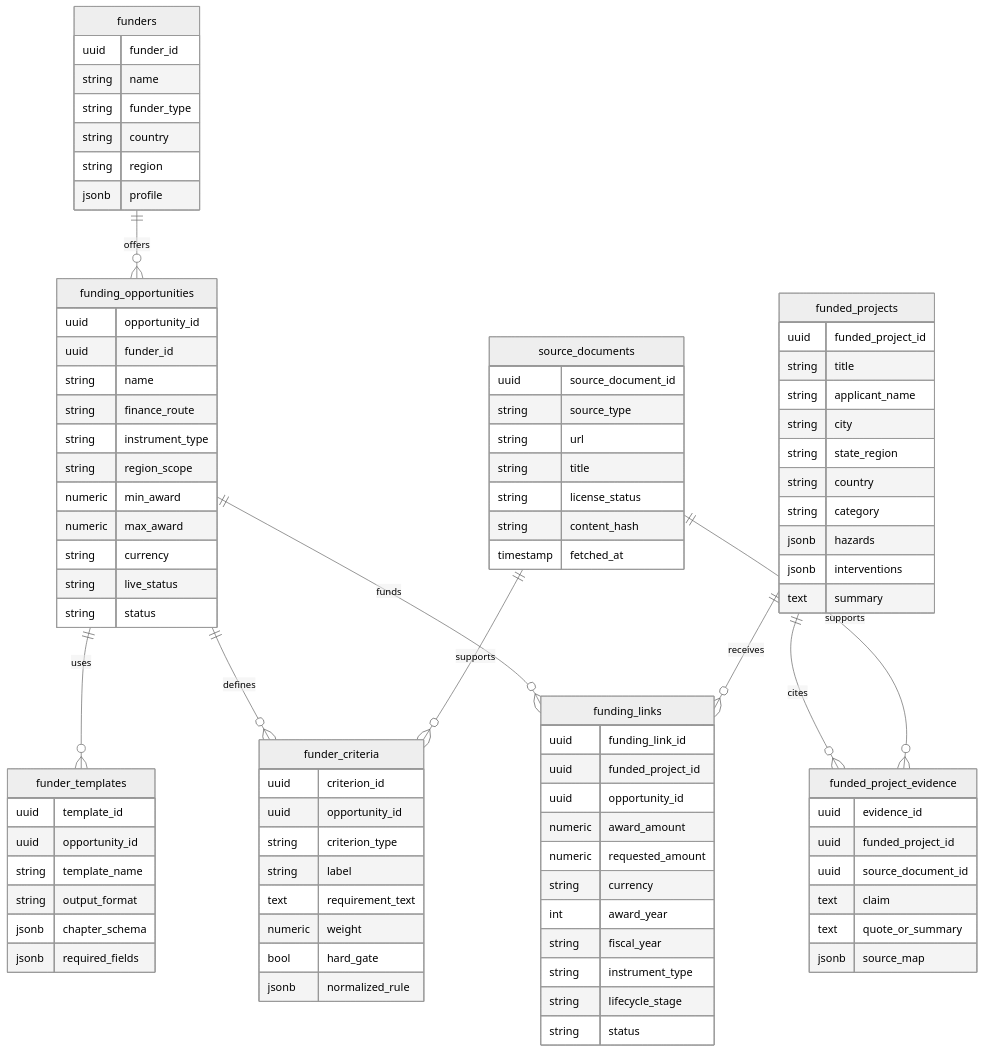
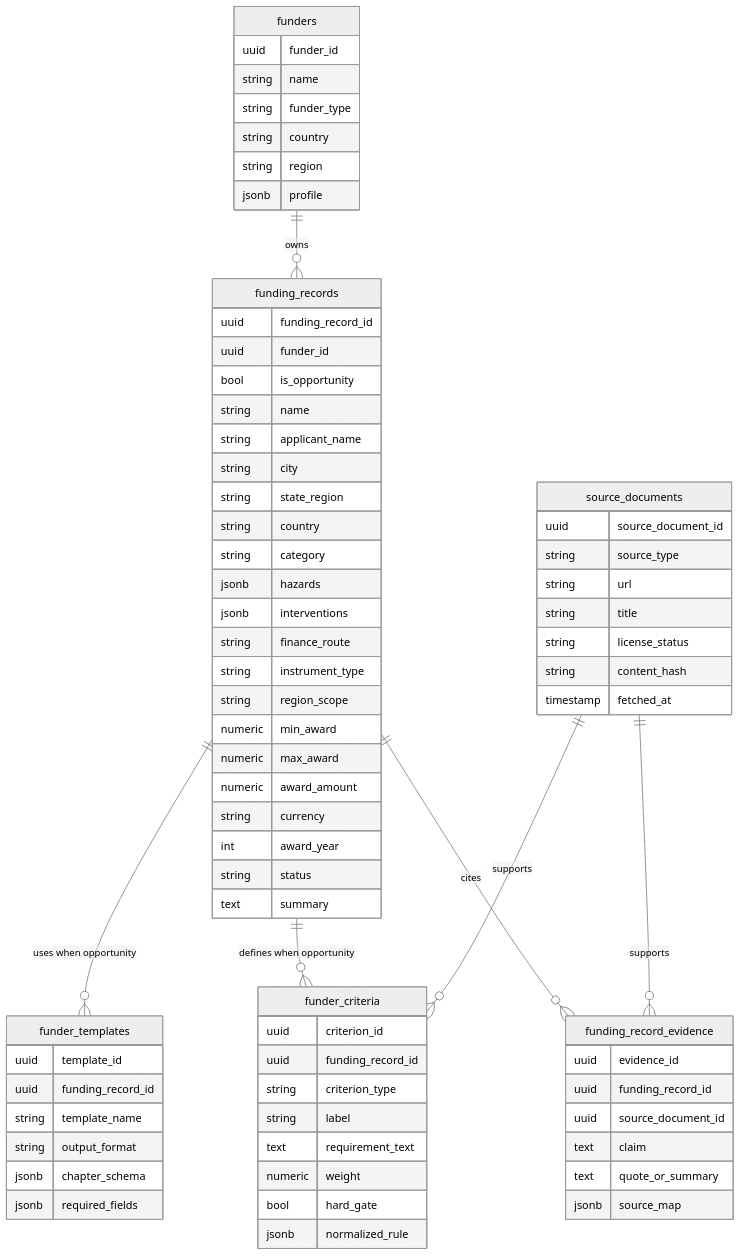
Before and after one commit to Open-Earth-Foundation/CityCatalyst: the sixth of 13 diagrams in docs/ConceptNoteBuilderArchitecture.md, drawn with Mermaid (neutral theme). The commit also changed other lines of this file and 1 other file, not shown here.

Commit message:
Simplify CNB funding architecture

````diff
--- a/docs/ConceptNoteBuilderArchitecture.md
+++ b/docs/ConceptNoteBuilderArchitecture.md
@@ -486,12 +482,10 @@
 ```mermaid
 erDiagram
-    funders ||--o{ funding_opportunities : "offers"
-    funding_opportunities ||--o{ funder_templates : "uses"
-    funding_opportunities ||--o{ funder_criteria : "defines"
-    funding_opportunities ||--o{ funding_links : "funds"
-    funded_projects ||--o{ funding_links : "receives"
-    funded_projects ||--o{ funded_project_evidence : "cites"
-    source_documents ||--o{ funded_project_evidence : "supports"
+    funders ||--o{ funding_records : "owns"
+    funding_records ||--o{ funder_templates : "uses when opportunity"
+    funding_records ||--o{ funder_criteria : "defines when opportunity"
+    funding_records ||--o{ funding_record_evidence : "cites"
+    source_documents ||--o{ funding_record_evidence : "supports"
     source_documents ||--o{ funder_criteria : "supports"
 
     funders {
@@ -503,23 +497,33 @@
         jsonb profile
     }
 
-    funding_opportunities {
-        uuid opportunity_id
+    funding_records {
+        uuid funding_record_id
         uuid funder_id
+        bool is_opportunity
         string name
+        string applicant_name
+        string city
+        string state_region
+        string country
+        string category
+        jsonb hazards
+        jsonb interventions
         string finance_route
         string instrument_type
         string region_scope
         numeric min_award
         numeric max_award
+        numeric award_amount
         string currency
-        string live_status
+        int award_year
         string status
+        text summary
     }
 
     funder_templates {
         uuid template_id
-        uuid opportunity_id
+        uuid funding_record_id
         string template_name
         string output_format
         jsonb chapter_schema
@@ -528,40 +532,13 @@
 
     funder_criteria {
         uuid criterion_id
-        uuid opportunity_id
+        uuid funding_record_id
         string criterion_type
         string label
         text requirement_text
         numeric weight
         bool hard_gate
         jsonb normalized_rule
-    }
-
-    funded_projects {
-        uuid funded_project_id
-        string title
-        string applicant_name
-        string city
-        string state_region
-        string country
-        string category
-        jsonb hazards
-        jsonb interventions
-        text summary
-    }
-
-    funding_links {
-        uuid funding_link_id
-        uuid funded_project_id
-        uuid opportunity_id
-        numeric award_amount
-        numeric requested_amount
-        string currency
-        int award_year
-        string fiscal_year
-        string instrument_type
-        string lifecycle_stage
-        string status
     }
 
     source_documents {
@@ -574,9 +551,9 @@
         timestamp fetched_at
     }
 
-    funded_project_evidence {
+    funding_record_evidence {
         uuid evidence_id
-        uuid funded_project_id
+        uuid funding_record_id
         uuid source_document_id
         text claim
         text quote_or_summary
````
